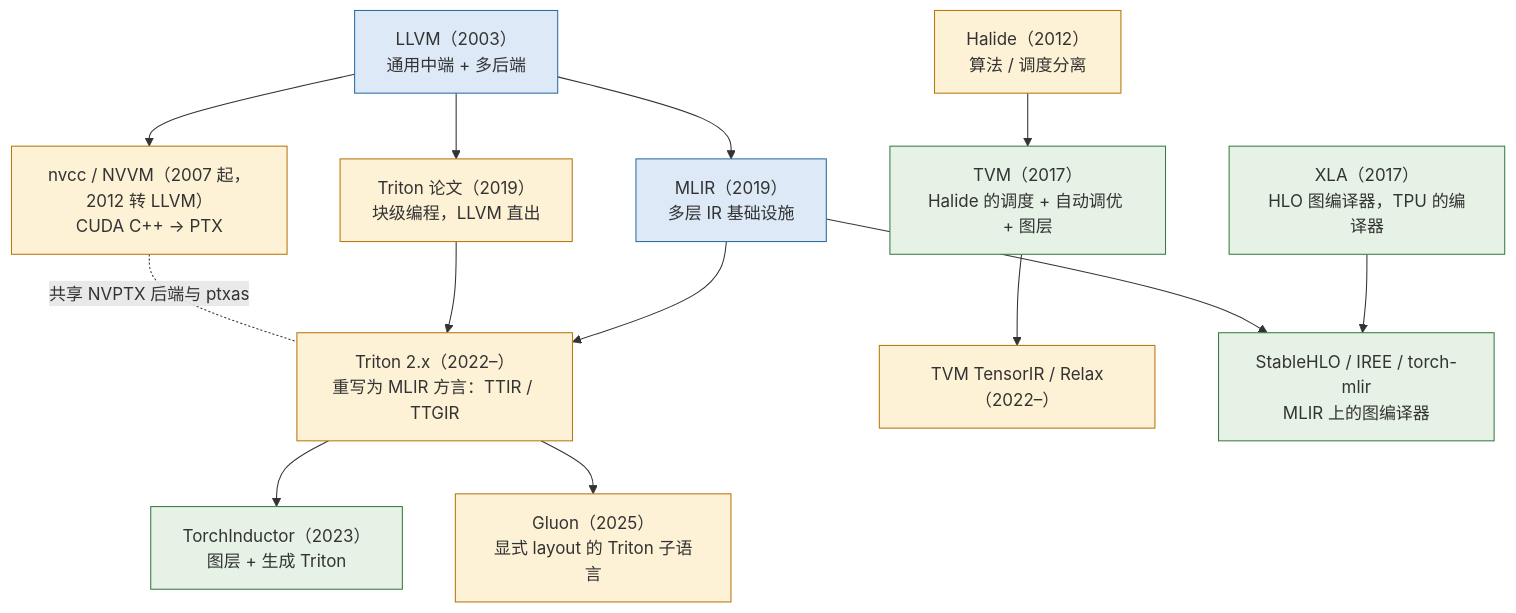
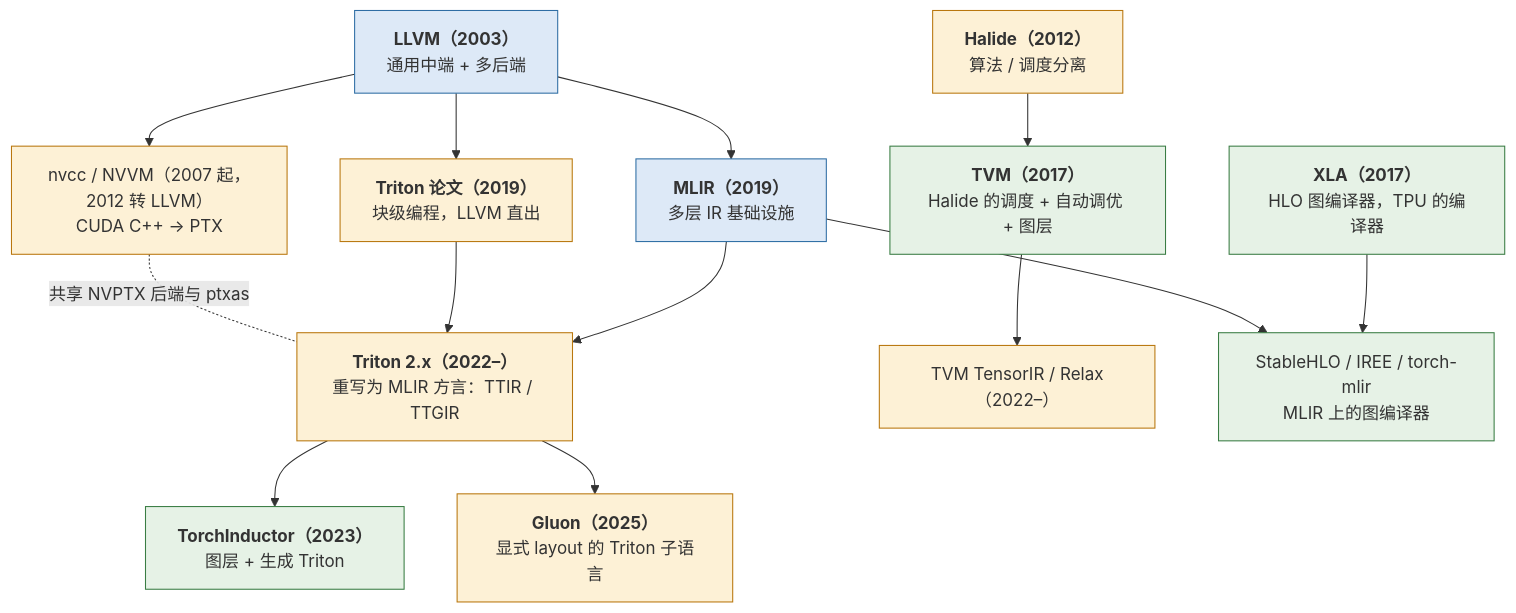
The eighth of 8 diagrams in _posts/2026-11-22-compiler-skeleton-ir-ssa-and-passes.md (arganzheng/arganzheng.github.com), drawn with Mermaid before and after one commit. The commit also changed other lines of this file and 8 other files, not shown here.

First line of the commit message:
ML 编译器内部：从 SSA、MLIR 到 Triton 编译器：Mermaid 多行方框的首行标为标题（9 篇）

````diff
--- a/_posts/2026-11-22-compiler-skeleton-ir-ssa-and-passes.md
+++ b/_posts/2026-11-22-compiler-skeleton-ir-ssa-and-passes.md
@@ -785,36 +785,36 @@
 ```mermaid
 %% 图：编译器家谱：LLVM → MLIR 提供基础设施，Halide → TVM 提供调度思想，Triton 从 LLVM 直出起步、2022 年重写到 MLIR
 flowchart TB
-    llvm["LLVM（2003）<br/>通用中端 + 多后端"]
+    llvm["<b>LLVM（2003）</b><br/>通用中端 + 多后端"]
     nvvm["nvcc / NVVM（2007 起，2012 转 LLVM）<br/>CUDA C++ → PTX"]
-    halide["Halide（2012）<br/>算法 / 调度分离"]
-    xla["XLA（2017）<br/>HLO 图编译器，TPU 的编译器"]
-    tvm["TVM（2017）<br/>Halide 的调度 + 自动调优 + 图层"]
-    tritonp["Triton 论文（2019）<br/>块级编程，LLVM 直出"]
-    mlir["MLIR（2019）<br/>多层 IR 基础设施"]
-    triton["Triton 2.x（2022–）<br/>重写为 MLIR 方言：TTIR / TTGIR"]
-    inductor["TorchInductor（2023）<br/>图层 + 生成 Triton"]
+    halide["<b>Halide（2012）</b><br/>算法 / 调度分离"]
+    xla["<b>XLA（2017）</b><br/>HLO 图编译器，TPU 的编译器"]
+    tvm["<b>TVM（2017）</b><br/>Halide 的调度 + 自动调优 + 图层"]
+    tritonp["<b>Triton 论文（2019）</b><br/>块级编程，LLVM 直出"]
+    mlir["<b>MLIR（2019）</b><br/>多层 IR 基础设施"]
+    triton["<b>Triton 2.x（2022–）</b><br/>重写为 MLIR 方言：TTIR / TTGIR"]
+    inductor["<b>TorchInductor（2023）</b><br/>图层 + 生成 Triton"]
     tir["TVM TensorIR / Relax（2022–）"]
     stablehlo["StableHLO / IREE / torch-mlir<br/>MLIR 上的图编译器"]
-    gluon["Gluon（2025）<br/>显式 layout 的 Triton 子语言"]
+    gluon["<b>Gluon（2025）</b><br/>显式 layout 的 Triton 子语言"]
 
     llvm --> nvvm
     llvm --> tritonp
     halide --> tvm
     llvm --> mlir
     mlir --> triton
     tritonp --> triton
     xla --> stablehlo
     mlir --> stablehlo
     triton --> inductor
     tvm --> tir
     triton --> gluon
     nvvm -. "共享 NVPTX 后端与 ptxas" .- triton
 
     classDef infra fill:#dde9f7,stroke:#2e6da4
     classDef kern fill:#fdf1d6,stroke:#b9770e
     classDef graphlayer fill:#e6f2e6,stroke:#3a7d44
     class llvm,mlir infra
     class nvvm,halide,tritonp,triton,tir,gluon kern
     class xla,tvm,inductor,stablehlo graphlayer
 ```
````
